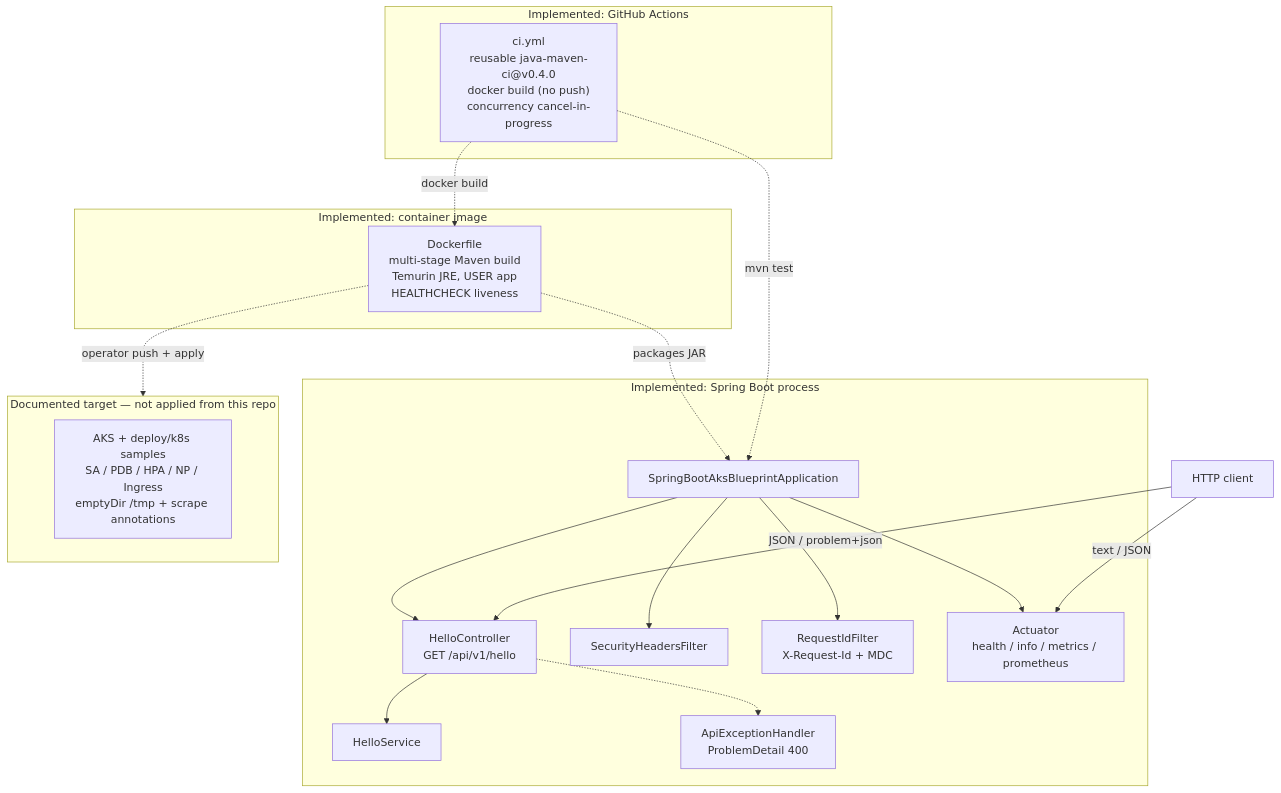
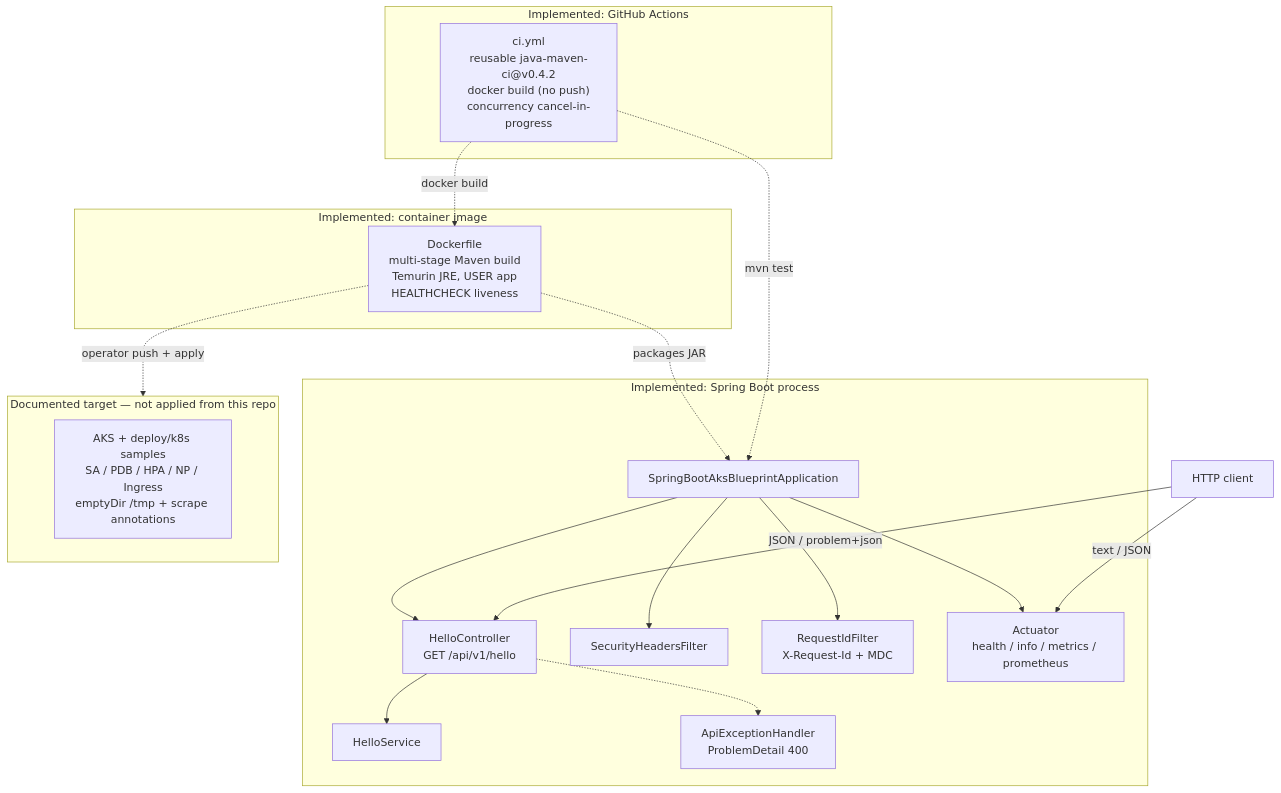
Before and after one commit to rmkr-dev/spring-boot-aks-blueprint: the diagram in docs/architecture/architecture-diagram.md, drawn with Mermaid. The commit also changed 7 other files, not shown here.

First line of the commit message:
docs: record java-maven-ci @v0.4.2 consumer pin

````diff
--- a/docs/architecture/architecture-diagram.md
+++ b/docs/architecture/architecture-diagram.md
@@ -5,40 +5,40 @@
 ```mermaid
 flowchart TB
   subgraph jvm["Implemented: Spring Boot process"]
     App["SpringBootAksBlueprintApplication"]
     Ctrl["HelloController<br/>GET /api/v1/hello"]
     Svc["HelloService"]
     Err["ApiExceptionHandler<br/>ProblemDetail 400"]
     Headers["SecurityHeadersFilter"]
     ReqId["RequestIdFilter<br/>X-Request-Id + MDC"]
     Act["Actuator<br/>health / info / metrics / prometheus"]
     App --> Ctrl
     Ctrl --> Svc
     Ctrl -.-> Err
     App --> Headers
     App --> ReqId
     App --> Act
   end
 
   Client["HTTP client"] -->|"JSON / problem+json"| Ctrl
   Client -->|"text / JSON"| Act
 
   subgraph image["Implemented: container image"]
     Docker["Dockerfile<br/>multi-stage Maven build<br/>Temurin JRE, USER app<br/>HEALTHCHECK liveness"]
   end
 
   Docker -.->|"packages JAR"| App
 
   subgraph ci["Implemented: GitHub Actions"]
-    GHA["ci.yml<br/>reusable java-maven-ci@v0.4.0<br/>docker build (no push)<br/>concurrency cancel-in-progress"]
+    GHA["ci.yml<br/>reusable java-maven-ci@v0.4.2<br/>docker build (no push)<br/>concurrency cancel-in-progress"]
   end
 
   GHA -.->|"mvn test"| App
   GHA -.->|"docker build"| Docker
 
   subgraph aks_target["Documented target — not applied from this repo"]
     AKS["AKS + deploy/k8s samples<br/>SA / PDB / HPA / NP / Ingress<br/>emptyDir /tmp + scrape annotations"]
   end
 
   Docker -.->|"operator push + apply"| aks_target
 ```
````
